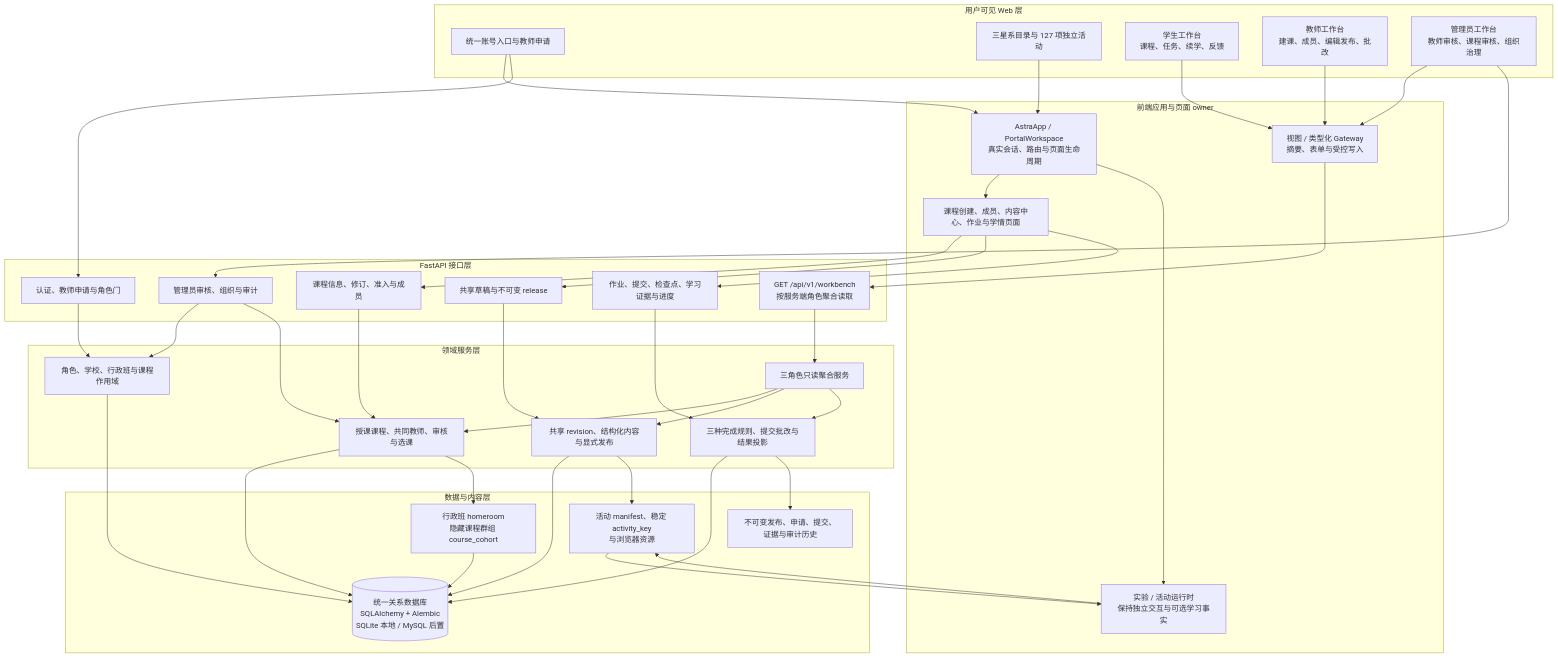
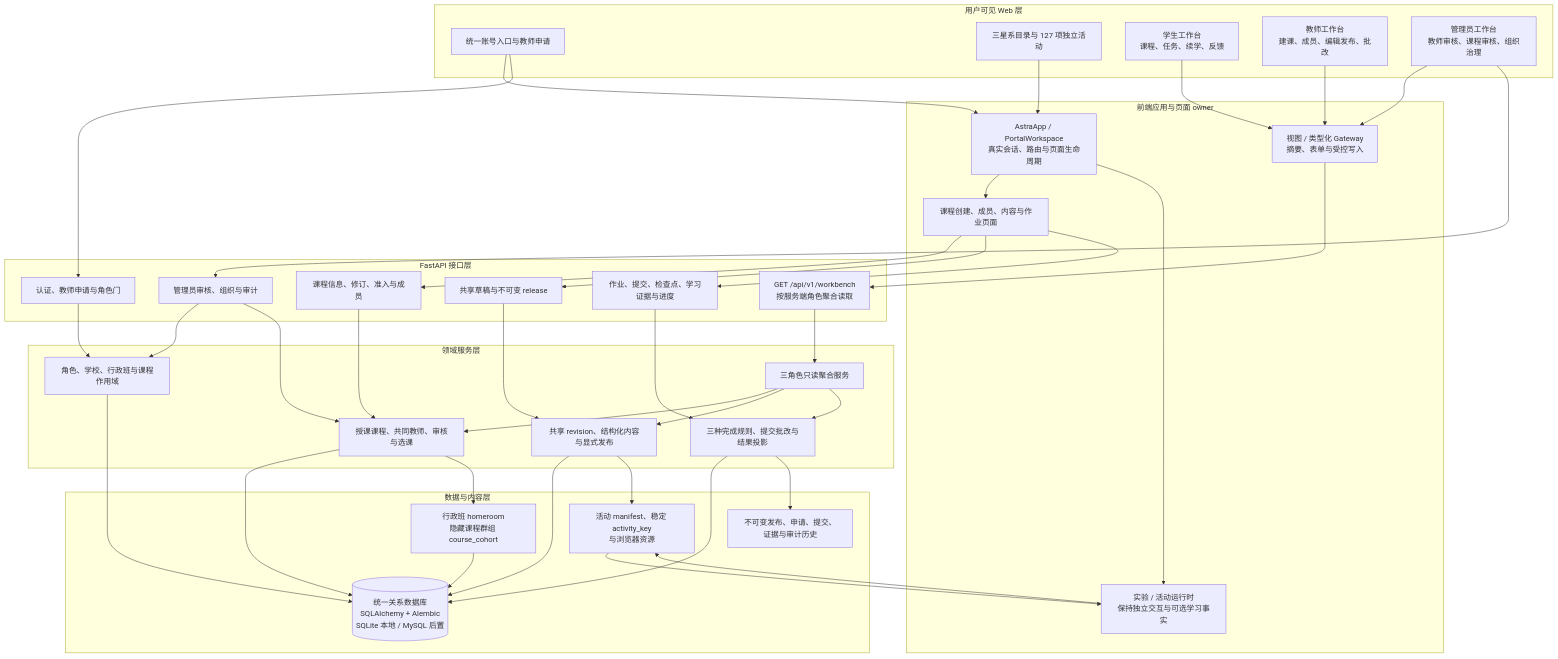
Before and after one commit to falling-feather/Astra: the second of 13 diagrams in doc/01-开发者手册.md, drawn with Mermaid. The commit also changed other lines of this file and 7 other files, not shown here.

Commit message:
docs(architecture): 同步正式门户与课程交叉审查方案（ARCH-013）

````diff
--- a/doc/01-开发者手册.md
+++ b/doc/01-开发者手册.md
@@ -101,77 +101,77 @@
 ```mermaid
 flowchart TB
     subgraph VIEW["用户可见 Web 层"]
         ENTRY["统一账号入口与教师申请"]
         CATALOG["三星系目录与 127 项独立活动"]
         STUDENT["学生工作台<br/>课程、任务、续学、反馈"]
         TEACHER["教师工作台<br/>建课、成员、编辑发布、批改"]
         ADMIN["管理员工作台<br/>教师审核、课程审核、组织治理"]
     end
 
     subgraph FRONT["前端应用与页面 owner"]
         ROUTER["AstraApp / PortalWorkspace<br/>真实会话、路由与页面生命周期"]
         WORKBENCHUI["视图 / 类型化 Gateway<br/>摘要、表单与受控写入"]
-        COURSEUI["课程创建、成员、内容中心、作业与学情页面"]
+        COURSEUI["课程创建、成员、内容与作业页面"]
         ACTIVITY["实验 / 活动运行时<br/>保持独立交互与可选学习事实"]
     end
 
     subgraph API["FastAPI 接口层"]
         AUTHAPI["认证、教师申请与角色门"]
         WORKBENCHAPI["GET /api/v1/workbench<br/>按服务端角色聚合读取"]
         COURSEAPI["课程信息、修订、准入与成员"]
         CONTENTAPI["共享草稿与不可变 release"]
         LEARNAPI["作业、提交、检查点、学习证据与进度"]
         GOVERNAPI["管理员审核、组织与审计"]
     end
 
     subgraph DOMAIN["领域服务层"]
         ACCESS["角色、学校、行政班与课程作用域"]
         COURSE["授课课程、共同教师、审核与选课"]
         RELEASE["共享 revision、结构化内容与显式发布"]
         EVIDENCE["三种完成规则、提交批改与结果投影"]
         WORKBENCH["三角色只读聚合服务"]
     end
 
     subgraph DATA["数据与内容层"]
         DB[("统一关系数据库<br/>SQLAlchemy + Alembic<br/>SQLite 本地 / MySQL 后置")]
         SCOPE["行政班 homeroom<br/>隐藏课程群组 course_cohort"]
         MANIFEST["活动 manifest、稳定 activity_key<br/>与浏览器资源"]
         HISTORY["不可变发布、申请、提交、证据与审计历史"]
     end
 
     ENTRY --> ROUTER
     CATALOG --> ROUTER
     STUDENT --> WORKBENCHUI
     TEACHER --> WORKBENCHUI
     ADMIN --> WORKBENCHUI
     ROUTER --> COURSEUI
     ROUTER --> ACTIVITY
     WORKBENCHUI --> WORKBENCHAPI
     COURSEUI --> COURSEAPI
     COURSEUI --> CONTENTAPI
     COURSEUI --> LEARNAPI
     ACTIVITY --> MANIFEST
     ENTRY --> AUTHAPI
     ADMIN --> GOVERNAPI
 
     AUTHAPI --> ACCESS
     WORKBENCHAPI --> WORKBENCH
     COURSEAPI --> COURSE
     CONTENTAPI --> RELEASE
     LEARNAPI --> EVIDENCE
     GOVERNAPI --> ACCESS
     GOVERNAPI --> COURSE
     WORKBENCH --> COURSE
     WORKBENCH --> RELEASE
     WORKBENCH --> EVIDENCE
 
     ACCESS --> DB
     COURSE --> DB
     COURSE --> SCOPE
     RELEASE --> DB
     RELEASE --> MANIFEST
     EVIDENCE --> DB
     EVIDENCE --> HISTORY
     SCOPE --> DB
     MANIFEST --> ACTIVITY
 ```
````
